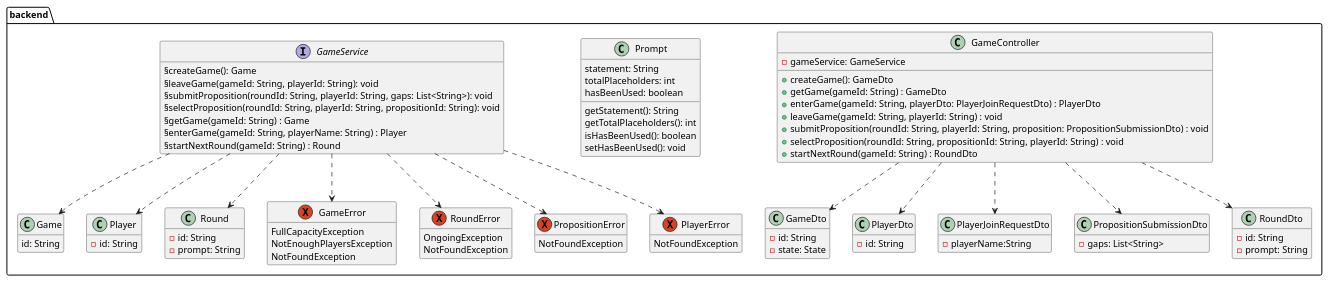
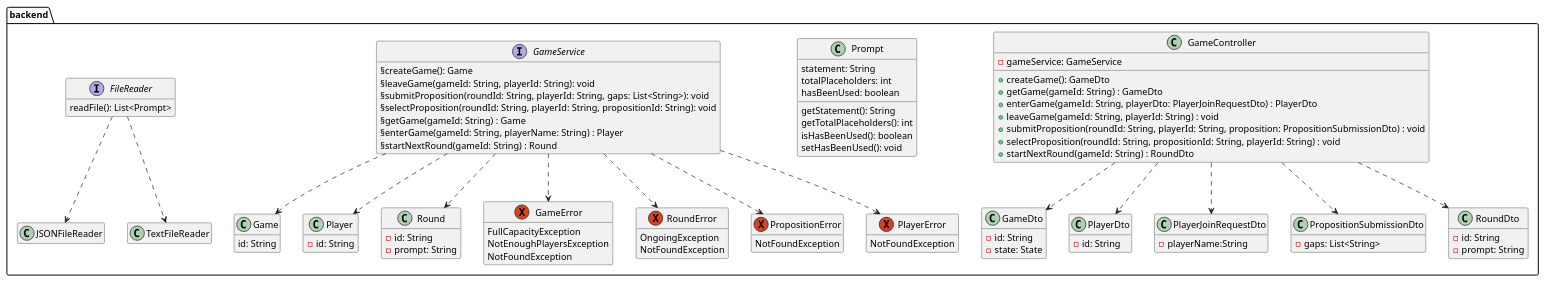
One commit to patrickwinti/worldwidewalter changed the diagram in docs/diagrams/class_diagramm.plantuml. Above: the diagram before and after it, drawn with PlantUML.

Commit message:
[WWW-28] - Corrected Class diagramm

```diff
--- a/docs/diagrams/class_diagramm.plantuml
+++ b/docs/diagrams/class_diagramm.plantuml
@@ -1,90 +1,101 @@
 @startuml
 package backend{
     hide empty members
     class GameController {
         -gameService: GameService
         +createGame(): GameDto
         +getGame(gameId: String) : GameDto
         +enterGame(gameId: String, playerDto: PlayerJoinRequestDto) : PlayerDto
         +leaveGame(gameId: String, playerId: String) : void
         +submitProposition(roundId: String, playerId: String, proposition: PropositionSubmissionDto) : void
         +selectProposition(roundId: String, propositionId: String, playerId: String) : void
         +startNextRound(gameId: String) : RoundDto
     }
     class GameDto {
         -id: String
         -state: State
     }
     class Game {
         id: String
     }
     class Prompt{
         statement: String
         totalPlaceholders: int
         hasBeenUsed: boolean
         getStatement(): String
         getTotalPlaceholders(): int
         isHasBeenUsed(): boolean
         setHasBeenUsed(): void
     }
 
     interface GameService{
        §createGame(): Game
        §leaveGame(gameId: String, playerId: String): void
        §submitProposition(roundId: String, playerId: String, gaps: List<String>): void
        §selectProposition(roundId: String, playerId: String, propositionId: String): void
        §getGame(gameId: String) : Game
        §enterGame(gameId: String, playerName: String) : Player
        §startNextRound(gameId: String) : Round
     }
     class PlayerDto {
         -id: String
     }
     class PlayerJoinRequestDto {
         -playerName:String
     }
     class PropositionSubmissionDto {
         -gaps: List<String>
     }
     class RoundDto {
         -id: String
         -prompt: String
     }
     class Player {
         -id: String
     }
     class Round {
         -id: String
         -prompt: String
     }
     exception GameError {
         FullCapacityException
         NotEnoughPlayersException
         NotFoundException
     }
     exception RoundError {
         OngoingException
         NotFoundException
     }
     exception PropositionError {
         NotFoundException
     }
     exception PlayerError {
         NotFoundException
     }
 
+    interface FileReader{
+        readFile(): List<Prompt>
+    }
+
+    class JSONFileReader{
+    }
+    class TextFileReader{
+    }
+
     GameController..>PlayerDto
     GameController..>PlayerJoinRequestDto
     GameController..>PropositionSubmissionDto
     GameController..>RoundDto
     GameController ..> GameDto
 
     GameService ..> Game
     GameService ..> Round
     GameService ..> Player
     GameService ..> GameError
     GameService ..> RoundError
     GameService ..> PlayerError
     GameService ..> PropositionError
-}
+
+    FileReader..>JSONFileReader
+    FileReader..>TextFileReader
 @enduml
```
